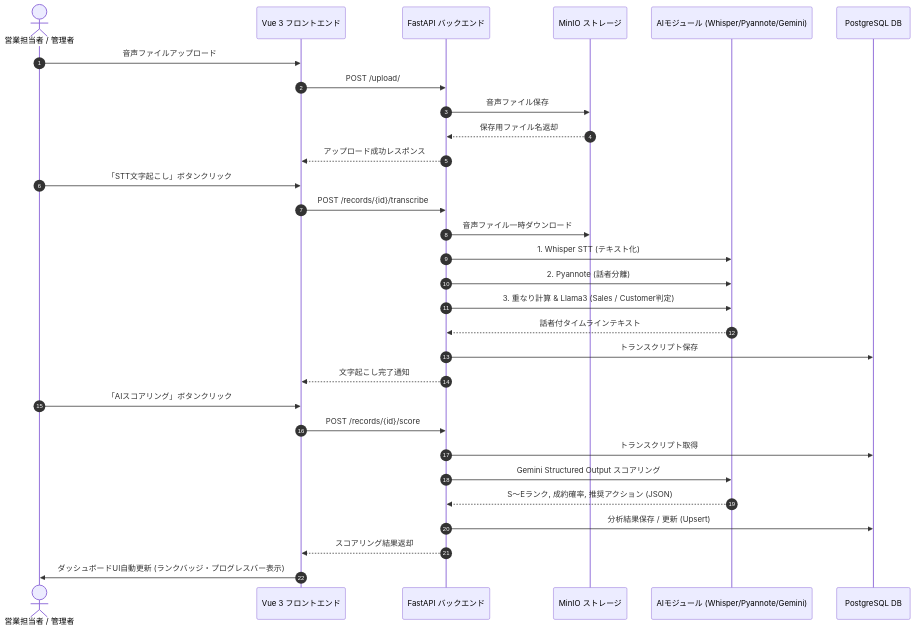
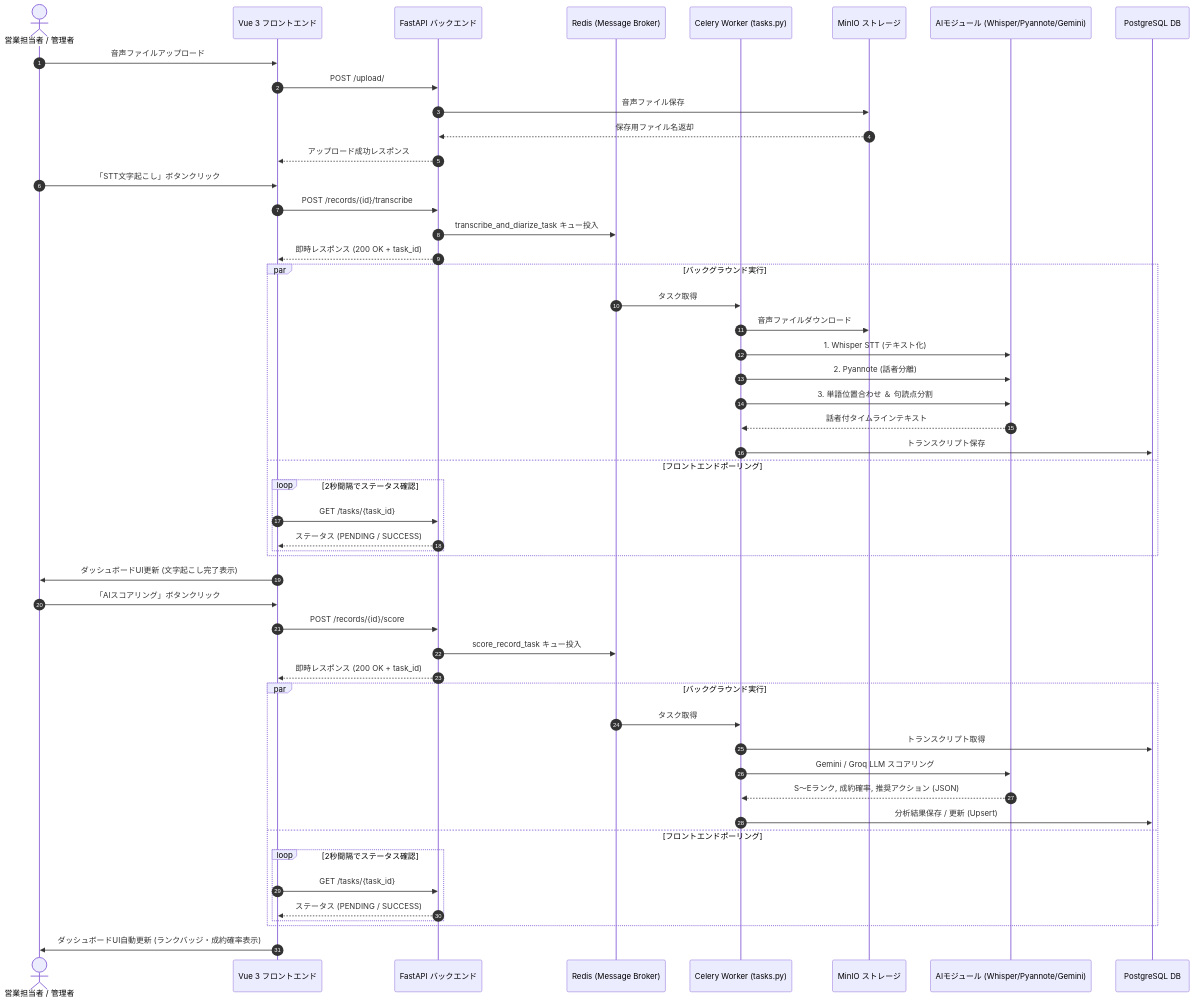
Before and after one commit to tansyu0423-creator/telesales-web-app: the second of 3 diagrams in docs/01_system_architecture.md, drawn with Mermaid. The commit also changed other lines of this file and 13 other files, not shown here.

````diff
--- a/docs/01_system_architecture.md
+++ b/docs/01_system_architecture.md
@@ -79,35 +87,58 @@
 ```mermaid
 sequenceDiagram
     autonumber
     actor User as 営業担当者 / 管理者
     participant FE as Vue 3 フロントエンド
     participant BE as FastAPI バックエンド
+    participant Redis as Redis (Message Broker)
+    participant Worker as Celery Worker (tasks.py)
     participant MinIO as MinIO ストレージ
     participant AI as AIモジュール (Whisper/Pyannote/Gemini)
     participant DB as PostgreSQL DB
 
     User->>FE: 音声ファイルアップロード
     FE->>BE: POST /upload/
     BE->>MinIO: 音声ファイル保存
     MinIO-->>BE: 保存用ファイル名返却
     BE-->>FE: アップロード成功レスポンス
 
     User->>FE: 「STT文字起こし」ボタンクリック
     FE->>BE: POST /records/{id}/transcribe
-    BE->>MinIO: 音声ファイル一時ダウンロード
-    BE->>AI: 1. Whisper STT (テキスト化)
-    BE->>AI: 2. Pyannote (話者分離)
-    BE->>AI: 3. 重なり計算 & Llama3 (Sales / Customer判定)
-    AI-->>BE: 話者付タイムラインテキスト
-    BE->>DB: トランスクリプト保存
-    BE-->>FE: 文字起こし完了通知
+    BE->>Redis: transcribe_and_diarize_task キュー投入
+    BE-->>FE: 即時レスポンス (200 OK + task_id)
+    
+    par バックグラウンド実行
+        Redis->>Worker: タスク取得
+        Worker->>MinIO: 音声ファイルダウンロード
+        Worker->>AI: 1. Whisper STT (テキスト化)
+        Worker->>AI: 2. Pyannote (話者分離)
+        Worker->>AI: 3. 単語位置合わせ ＆ 句読点分割
+        AI-->>Worker: 話者付タイムラインテキスト
+        Worker->>DB: トランスクリプト保存
+    and フロントエンドポーリング
+        loop 2秒間隔でステータス確認
+            FE->>BE: GET /tasks/{task_id}
+            BE-->>FE: ステータス (PENDING / SUCCESS)
+        end
+    end
+    FE->>User: ダッシュボードUI更新 (文字起こし完了表示)
 
     User->>FE: 「AIスコアリング」ボタンクリック
     FE->>BE: POST /records/{id}/score
-    BE->>DB: トランスクリプト取得
-    BE->>AI: Gemini Structured Output スコアリング
-    AI-->>BE: S〜Eランク, 成約確率, 推奨アクション (JSON)
-    BE->>DB: 分析結果保存 / 更新 (Upsert)
-    BE-->>FE: スコアリング結果返却
-    FE->>User: ダッシュボードUI自動更新 (ランクバッジ・プログレスバー表示)
+    BE->>Redis: score_record_task キュー投入
+    BE-->>FE: 即時レスポンス (200 OK + task_id)
+
+    par バックグラウンド実行
+        Redis->>Worker: タスク取得
+        Worker->>DB: トランスクリプト取得
+        Worker->>AI: Gemini / Groq LLM スコアリング
+        AI-->>Worker: S〜Eランク, 成約確率, 推奨アクション (JSON)
+        Worker->>DB: 分析結果保存 / 更新 (Upsert)
+    and フロントエンドポーリング
+        loop 2秒間隔でステータス確認
+            FE->>BE: GET /tasks/{task_id}
+            BE-->>FE: ステータス (PENDING / SUCCESS)
+        end
+    end
+    FE->>User: ダッシュボードUI自動更新 (ランクバッジ・成約確率表示)
 ```
````
